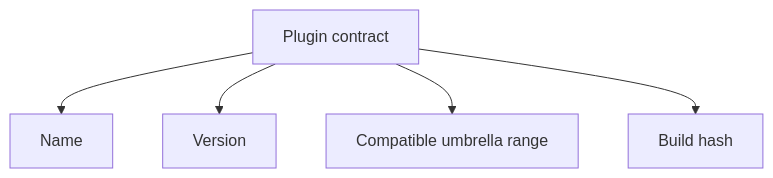
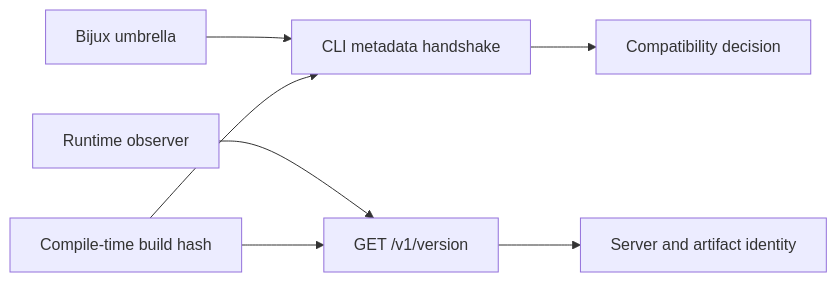
One commit to bijux/bijux-atlas changed the diagram in docs/bijux-atlas/contracts/plugin-contracts.md. Above: the diagram before and after it, drawn with Mermaid. The commit also changed other lines of this file and 2 other files, not shown here.

Commit message:
docs(contracts): expose runtime and integration compatibility limits

````diff
--- a/docs/bijux-atlas/contracts/plugin-contracts.md
+++ b/docs/bijux-atlas/contracts/plugin-contracts.md
@@ -29,7 +66,9 @@
 ```mermaid
-flowchart TD
-    PluginContract[Plugin contract] --> Name[Name]
-    PluginContract --> VersionField[Version]
-    PluginContract --> Compatibility[Compatible umbrella range]
-    PluginContract --> BuildHash[Build hash]
+flowchart LR
+    Umbrella[Bijux umbrella] --> CLI[CLI metadata handshake]
+    CLI --> Compat[Compatibility decision]
+    Operator[Runtime observer] --> HTTP[GET /v1/version]
+    HTTP --> Runtime[Server and artifact identity]
+    Build[Compile-time build hash] --> CLI
+    Build --> HTTP
 ```
````
